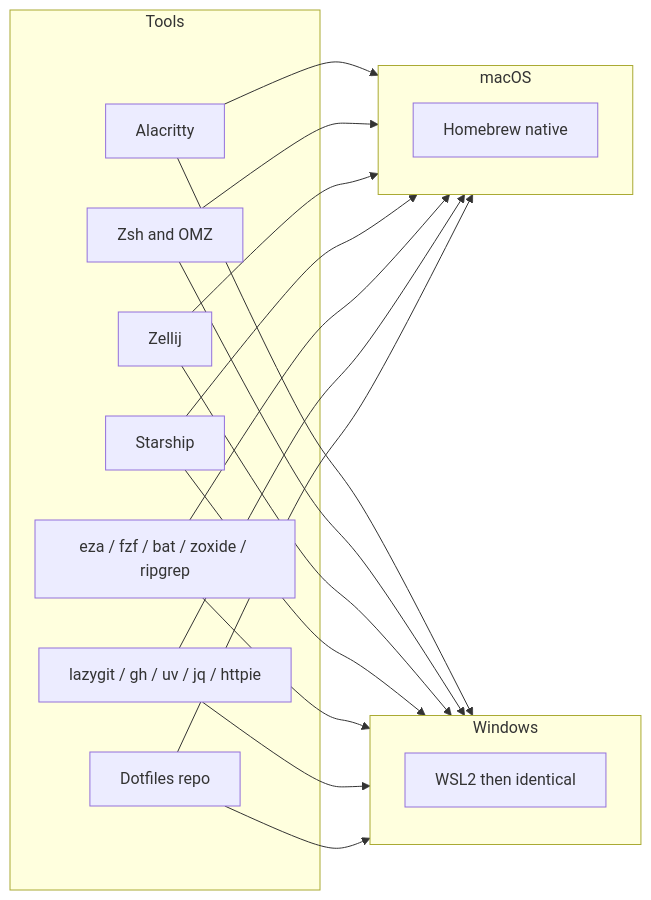
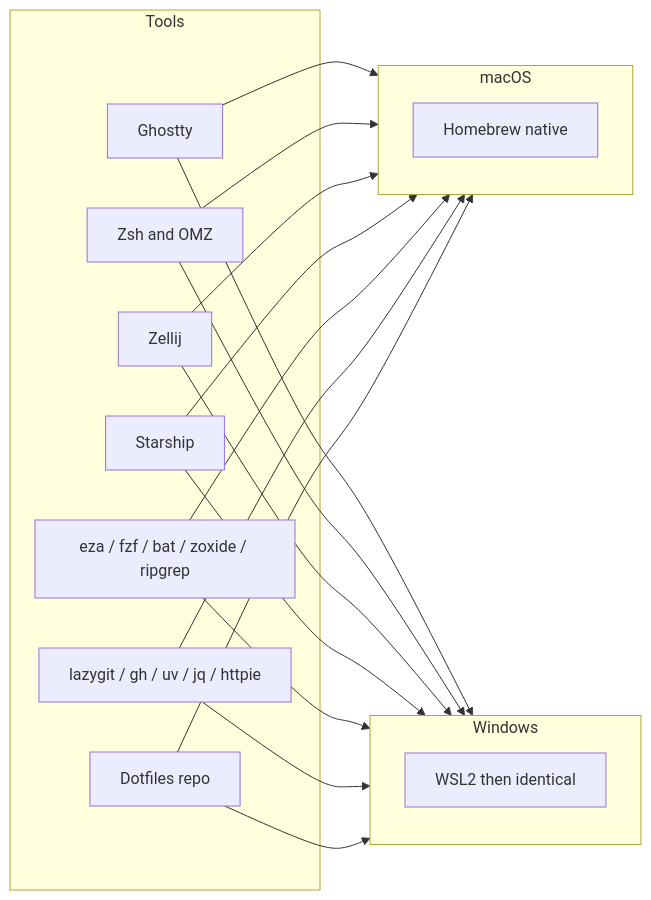
Before and after one commit to deepusharma/dotfiles: the third of 3 diagrams in README.md, drawn with Mermaid. The commit also changed other lines of this file and 9 other files, not shown here.

Commit message:
feat: Replace Alacritty with Ghostty, introduce a comprehensive terminal tools cheatsheet, and update core dotfiles configurations.

````diff
--- a/README.md
+++ b/README.md
@@ -114,35 +114,35 @@
 ```mermaid
 graph LR
     subgraph ToolsGroup[Tools]
-        T1[Alacritty]
+        T1[Ghostty]
         T2[Zsh and OMZ]
         T3[Zellij]
         T4[Starship]
         T5[eza / fzf / bat / zoxide / ripgrep]
         T6[lazygit / gh / uv / jq / httpie]
         T7[Dotfiles repo]
     end
 
     subgraph MacGroup[macOS]
         MA[Homebrew native]
     end
 
     subgraph WinGroup[Windows]
         WA[WSL2 then identical]
     end
 
     T1 --> MacGroup
     T1 --> WinGroup
     T2 --> MacGroup
     T2 --> WinGroup
     T3 --> MacGroup
     T3 --> WinGroup
     T4 --> MacGroup
     T4 --> WinGroup
     T5 --> MacGroup
     T5 --> WinGroup
     T6 --> MacGroup
     T6 --> WinGroup
     T7 --> MacGroup
     T7 --> WinGroup
 ```
````
